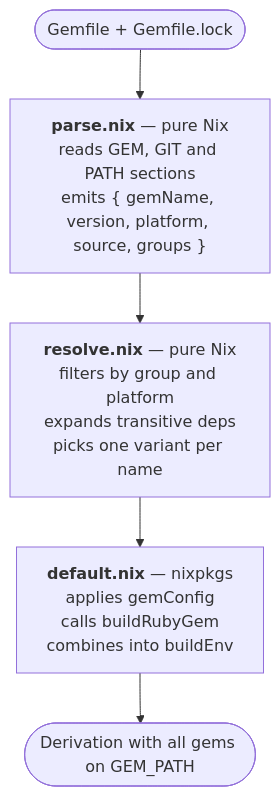
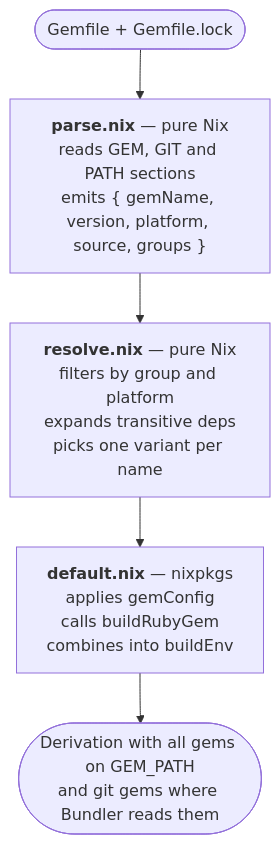
Before and after one commit to omc/gems4nix: the diagram in ARCHITECTURE.md, drawn with Mermaid. The commit also changed other lines of this file and 4 other files, not shown here.

````diff
--- a/ARCHITECTURE.md
+++ b/ARCHITECTURE.md
@@ -5,10 +5,10 @@
 ```mermaid
 flowchart TD
     input([Gemfile + Gemfile.lock])
     parse["<b>parse.nix</b> — pure Nix<br/>reads GEM, GIT and PATH sections<br/>emits { gemName, version, platform, source, groups }"]
     resolve["<b>resolve.nix</b> — pure Nix<br/>filters by group and platform<br/>expands transitive deps<br/>picks one variant per name"]
     build["<b>default.nix</b> — nixpkgs<br/>applies gemConfig<br/>calls buildRubyGem<br/>combines into buildEnv"]
-    output([Derivation with all gems on GEM_PATH])
+    output([Derivation with all gems on GEM_PATH<br/>and git gems where Bundler reads them])
 
     input --> parse --> resolve --> build --> output
 ```
````
